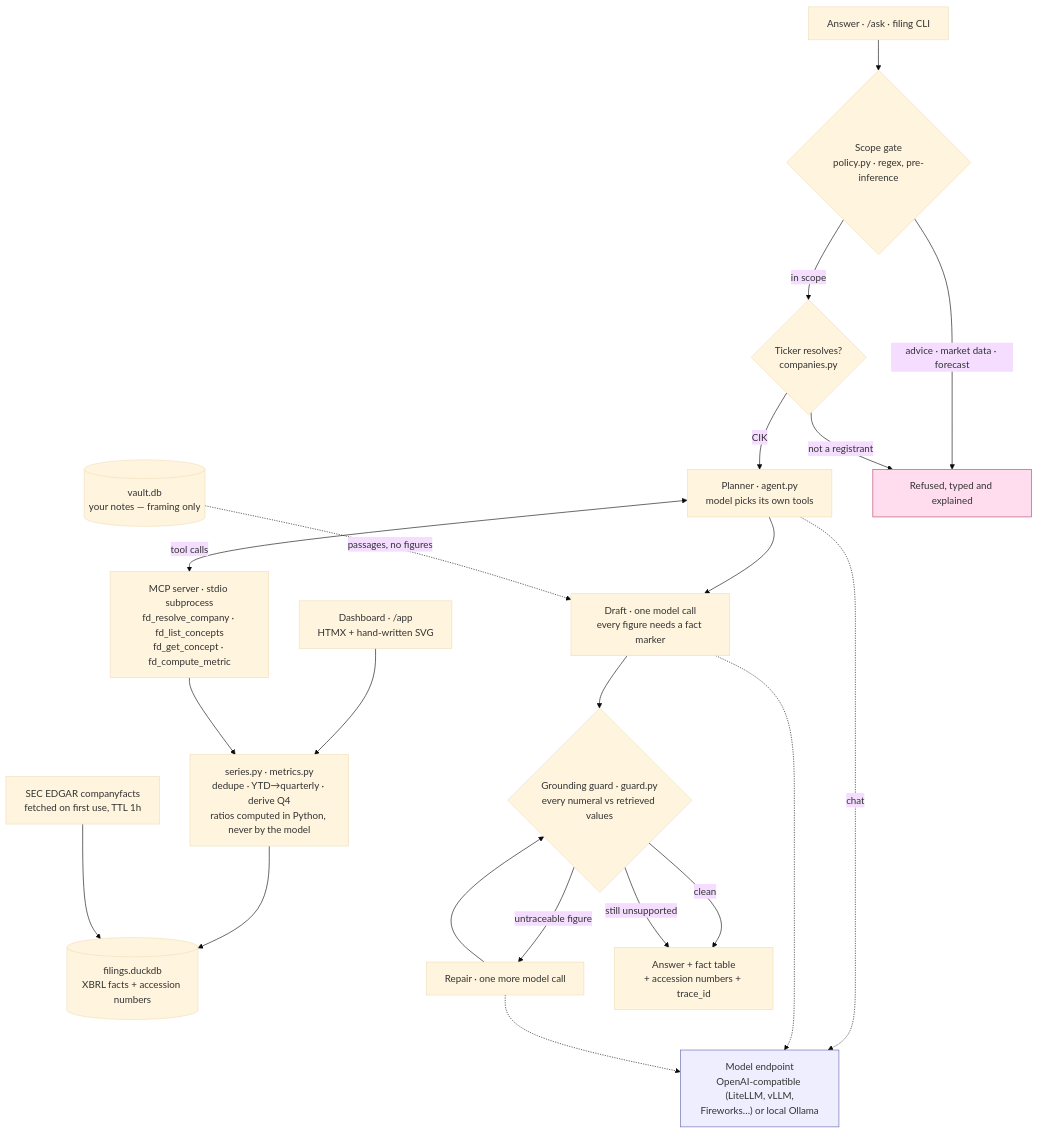
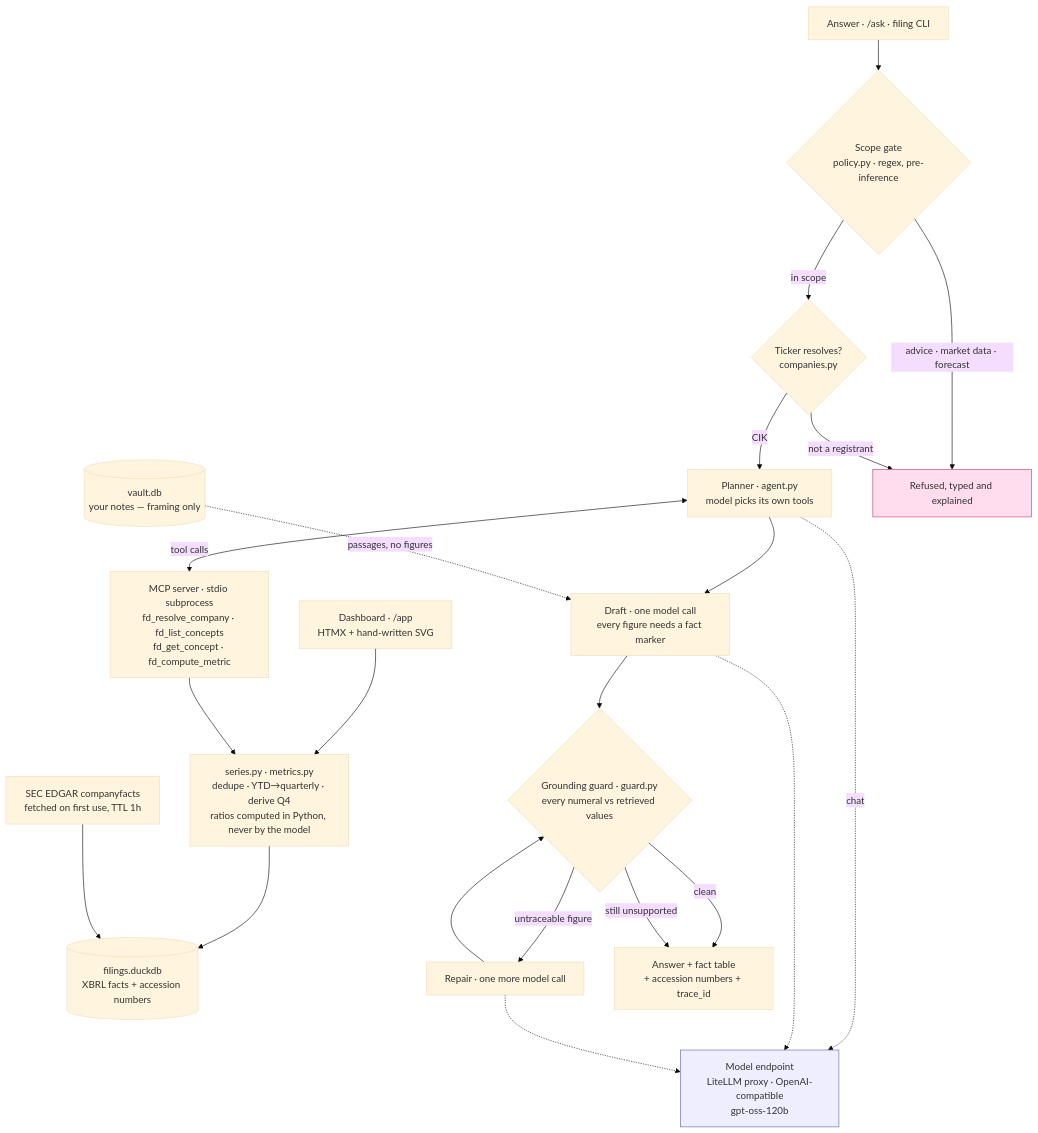
One commit to nicholasbaillargeon-ux/Capstone changed the diagram in README.md. Above: the diagram before and after it, drawn with Mermaid (base theme). The commit also changed other lines of this file and 10 other files, not shown here.

````diff
--- a/README.md
+++ b/README.md
@@ -48,45 +50,45 @@
 ```mermaid
 flowchart TB
     WEB["Dashboard · /app<br/>HTMX + hand-written SVG"]
     ASK["Answer · /ask · filing CLI"]
 
     SCOPE{"Scope gate<br/>policy.py · regex, pre-inference"}
     RESOLVE{"Ticker resolves?<br/>companies.py"}
     PLAN["Planner · agent.py<br/>model picks its own tools"]
     MCP["MCP server · stdio subprocess<br/>fd_resolve_company · fd_list_concepts<br/>fd_get_concept · fd_compute_metric"]
     SERIES["series.py · metrics.py<br/>dedupe · YTD→quarterly · derive Q4<br/>ratios computed in Python, never by the model"]
     DUCK[("filings.duckdb<br/>XBRL facts + accession numbers")]
     EDGAR["SEC EDGAR companyfacts<br/>fetched on first use, TTL 1h"]
     VAULT[("vault.db<br/>your notes — framing only")]
     DRAFT["Draft · one model call<br/>every figure needs a fact marker"]
     GUARD{"Grounding guard · guard.py<br/>every numeral vs retrieved values"}
     REPAIR["Repair · one more model call"]
     OUT["Answer + fact table<br/>+ accession numbers + trace_id"]
-    LLM["Model endpoint<br/>OpenAI-compatible (LiteLLM, vLLM,<br/>Fireworks…) or local Ollama"]
+    LLM["Model endpoint<br/>LiteLLM proxy · OpenAI-compatible<br/>gpt-oss-120b"]
 
     WEB --> SERIES
     ASK --> SCOPE
     SCOPE -->|"advice · market data · forecast"| REFUSE["Refused, typed and explained"]
     SCOPE -->|in scope| RESOLVE
     RESOLVE -->|"not a registrant"| REFUSE
     RESOLVE -->|CIK| PLAN
     PLAN <-->|"tool calls"| MCP
     PLAN -.->|"chat"| LLM
     MCP --> SERIES
     SERIES --> DUCK
     EDGAR --> DUCK
     PLAN --> DRAFT
     VAULT -.->|"passages, no figures"| DRAFT
     DRAFT -.-> LLM
     DRAFT --> GUARD
     GUARD -->|"untraceable figure"| REPAIR
     REPAIR -.-> LLM
     REPAIR --> GUARD
     GUARD -->|clean| OUT
     GUARD -->|"still unsupported"| OUT
 
     classDef refuse fill:#fde,stroke:#b46,color:#333
     classDef model fill:#eef,stroke:#66a,color:#333
     class REFUSE refuse
     class LLM model
 ```
````
